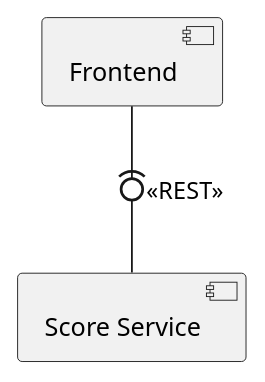
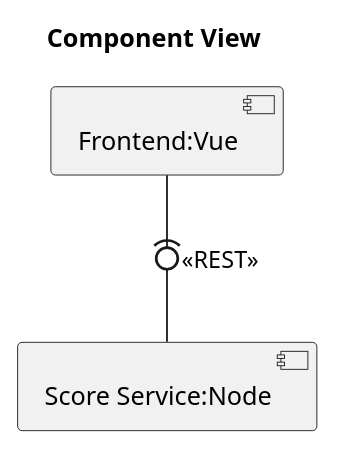
One commit to Hajneken/market-evaluator changed the diagram in doc/components.wsd. Above: the diagram before and after it, drawn with PlantUML. The commit also changed 5 other files, not shown here.

```diff
--- a/doc/components.wsd
+++ b/doc/components.wsd
@@ -1,6 +1,8 @@
 @startuml
-component "Frontend" as frontend
-component "Score Service" as score
+component "Frontend:Vue" as frontend
+component "Score Service:Node" as score
+
+title Component View
 
 frontend -(0- score : <<REST>>
 @enduml
```
